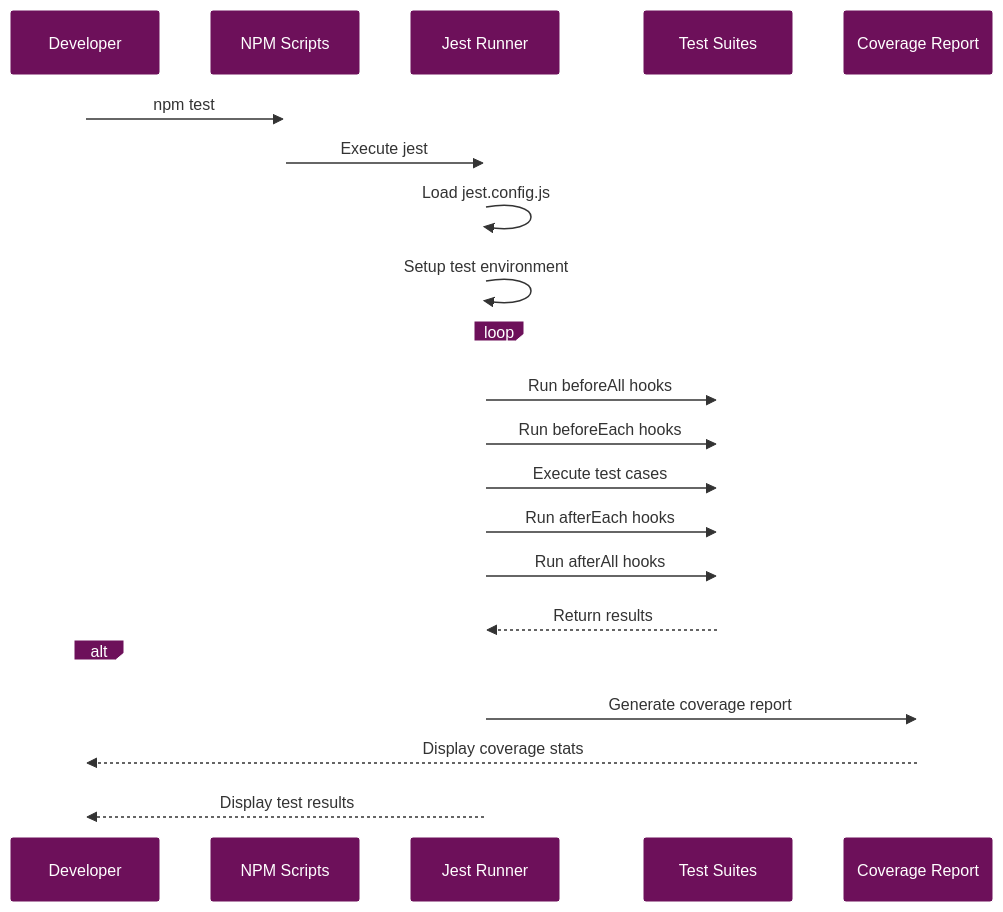
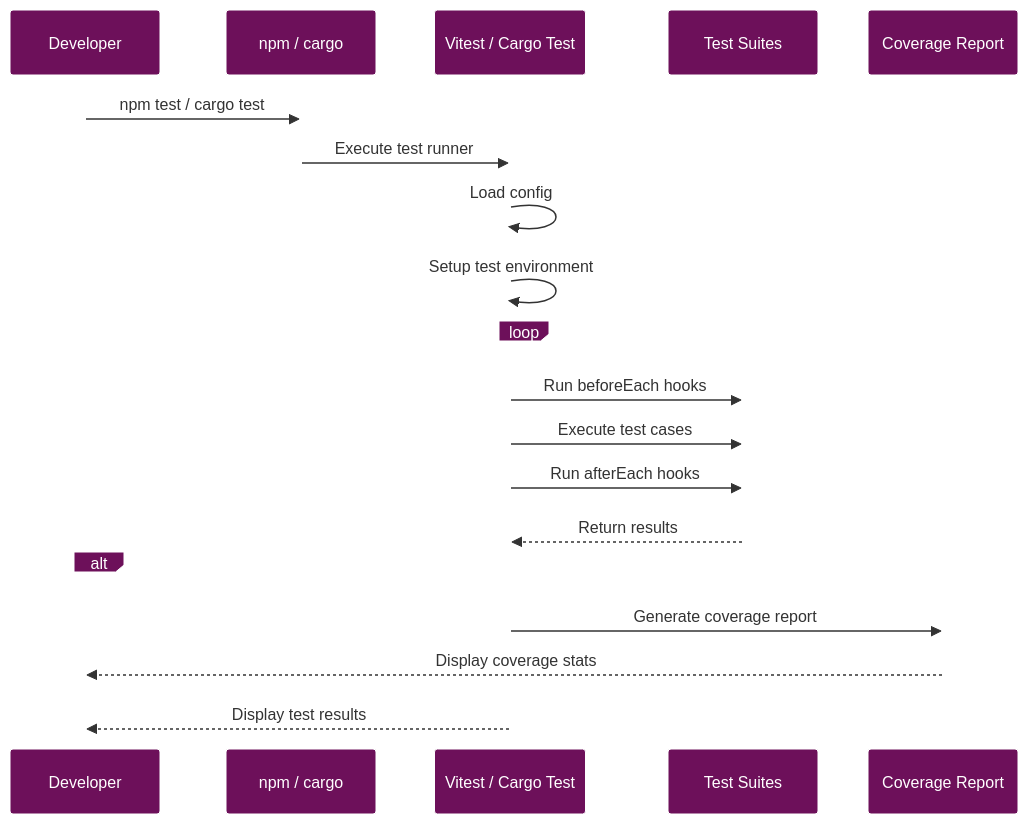
Before and after one commit to radicalkjax/Athena: the second of 4 diagrams in docs/testing/README.md, drawn with Mermaid. The commit also changed other lines of this file and 214 other files, not shown here.

````diff
--- a/docs/testing/README.md
+++ b/docs/testing/README.md
@@ -141,52 +138,50 @@
 ```mermaid
 %%{init: {
   'theme': 'base',
   'themeVariables': {
     'primaryColor': '#6d105a',
     'primaryTextColor': '#ffffff',
     'primaryBorderColor': '#ffffff',
     'lineColor': '#333333',
     'secondaryColor': '#e8f4d4',
     'secondaryTextColor': '#333333',
     'secondaryBorderColor': '#333333',
     'tertiaryColor': '#f9d0c4',
     'tertiaryTextColor': '#333333',
     'tertiaryBorderColor': '#333333',
     'background': '#ffffff',
     'mainBkg': '#6d105a',
     'secondBkg': '#e8f4d4',
     'tertiaryBkg': '#f9d0c4',
     'textColor': '#333333',
     'fontFamily': 'Arial, sans-serif'
   }
 }}%%
 sequenceDiagram
     participant Dev as Developer
-    participant NPM as NPM Scripts
-    participant Jest as Jest Runner
+    participant NPM as npm / cargo
+    participant Runner as Vitest / Cargo Test
     participant Tests as Test Suites
     participant Coverage as Coverage Report
-    
-    Dev->>NPM: npm test
-    NPM->>Jest: Execute jest
-    
-    Jest->>Jest: Load jest.config.js
-    Jest->>Jest: Setup test environment
-    
+
+    Dev->>NPM: npm test / cargo test
+    NPM->>Runner: Execute test runner
+
+    Runner->>Runner: Load config
+    Runner->>Runner: Setup test environment
+
     loop For each test file
-        Jest->>Tests: Run beforeAll hooks
-        Jest->>Tests: Run beforeEach hooks
-        Jest->>Tests: Execute test cases
-        Jest->>Tests: Run afterEach hooks
-        Jest->>Tests: Run afterAll hooks
+        Runner->>Tests: Run beforeEach hooks
+        Runner->>Tests: Execute test cases
+        Runner->>Tests: Run afterEach hooks
     end
-    
-    Tests-->>Jest: Return results
-    
+
+    Tests-->>Runner: Return results
+
     alt Coverage enabled
-        Jest->>Coverage: Generate coverage report
+        Runner->>Coverage: Generate coverage report
         Coverage-->>Dev: Display coverage stats
     end
-    
-    Jest-->>Dev: Display test results
+
+    Runner-->>Dev: Display test results
 ```
````
